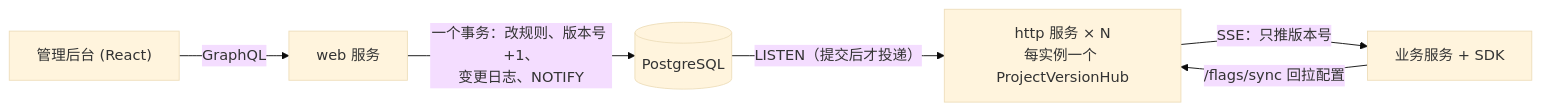
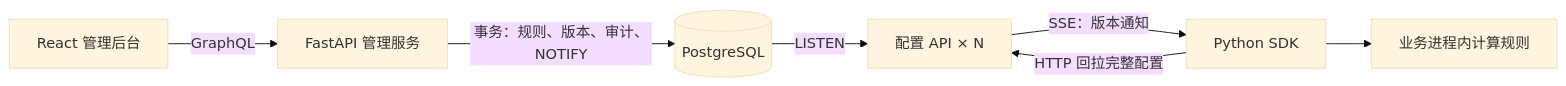
The diagram in README.md (Album-dreamers/flagflow), drawn with Mermaid (base theme) before and after one commit. The commit also changed other lines of this file and 4 other files, not shown here.

````diff
--- a/README.md
+++ b/README.md
@@ -20,8 +69,9 @@
 ```mermaid
 flowchart LR
-    UI["管理后台 (React)"] -- GraphQL --> WEB[web 服务]
-    WEB -- "一个事务：改规则、版本号 +1、<br/>变更日志、NOTIFY" --> PG[(PostgreSQL)]
-    PG -- "LISTEN（提交后才投递）" --> HUB["http 服务 × N<br/>每实例一个 ProjectVersionHub"]
-    HUB -- "SSE：只推版本号" --> SDK["业务服务 + SDK"]
-    SDK -- "/flags/sync 回拉配置" --> HUB
+    UI["React 管理后台"] -->|GraphQL| WEB["FastAPI 管理服务"]
+    WEB -->|"事务：规则、版本、审计、NOTIFY"| PG[(PostgreSQL)]
+    PG -->|LISTEN| HTTP["配置 API × N"]
+    HTTP -->|"SSE：版本通知"| SDK["Python SDK"]
+    SDK -->|"HTTP 回拉完整配置"| HTTP
+    SDK --> APP["业务进程内计算规则"]
 ```
````
